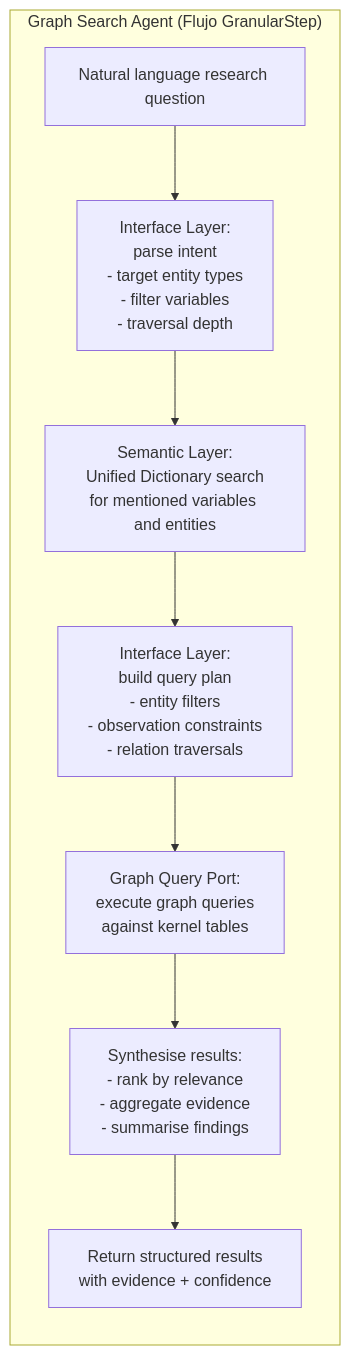
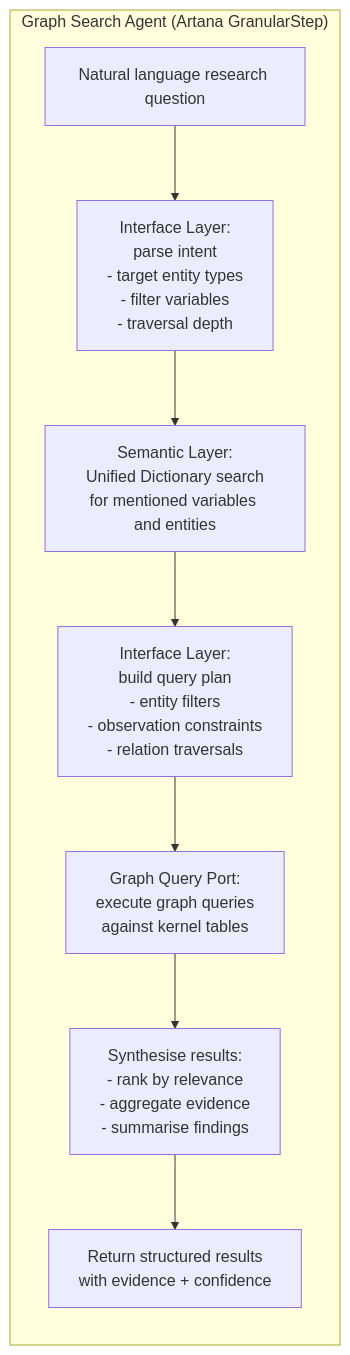
Before and after one commit to med13foundation/monorepo: the fifth of 5 diagrams in docs/latest_plan_path/datasources_architecture.md, drawn with Mermaid. The commit also changed other lines of this file and 322 other files, not shown here.

````diff
--- a/docs/latest_plan_path/datasources_architecture.md
+++ b/docs/latest_plan_path/datasources_architecture.md
@@ -1834,12 +1834,12 @@
 ```mermaid
 flowchart TB
-  subgraph GSA["Graph Search Agent (Flujo GranularStep)"]
+  subgraph GSA["Graph Search Agent (Artana GranularStep)"]
     direction TB
     NLQ[Natural language research question] --> PARSE["Interface Layer:\nparse intent\n- target entity types\n- filter variables\n- traversal depth"]
     PARSE --> DICT_SEARCH["Semantic Layer:\nUnified Dictionary search\nfor mentioned variables and entities"]
     DICT_SEARCH --> PLAN["Interface Layer:\nbuild query plan\n- entity filters\n- observation constraints\n- relation traversals"]
     PLAN --> EXECUTE["Graph Query Port:\nexecute graph queries\nagainst kernel tables"]
     EXECUTE --> SYNTHESIZE["Synthesise results:\n- rank by relevance\n- aggregate evidence\n- summarise findings"]
     SYNTHESIZE --> RESPOND["Return structured results\nwith evidence + confidence"]
   end
 ```
````
